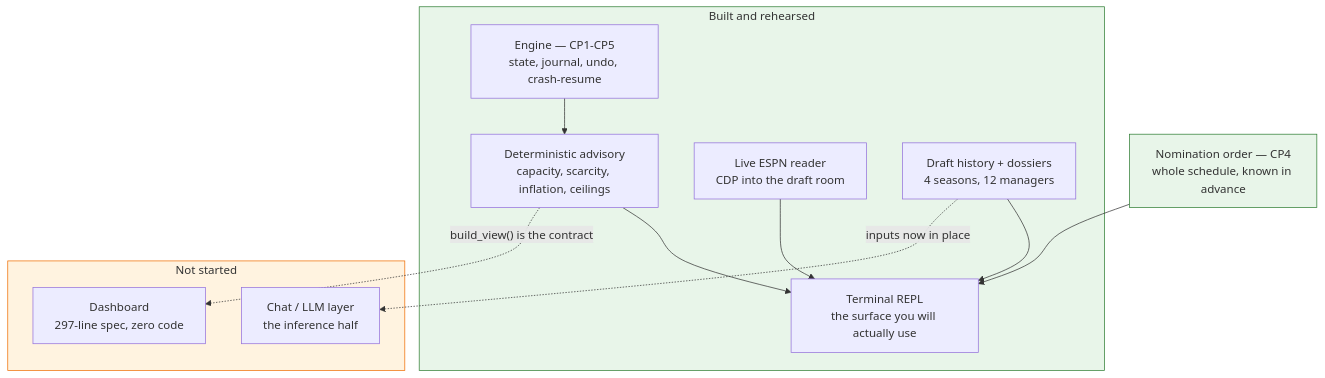
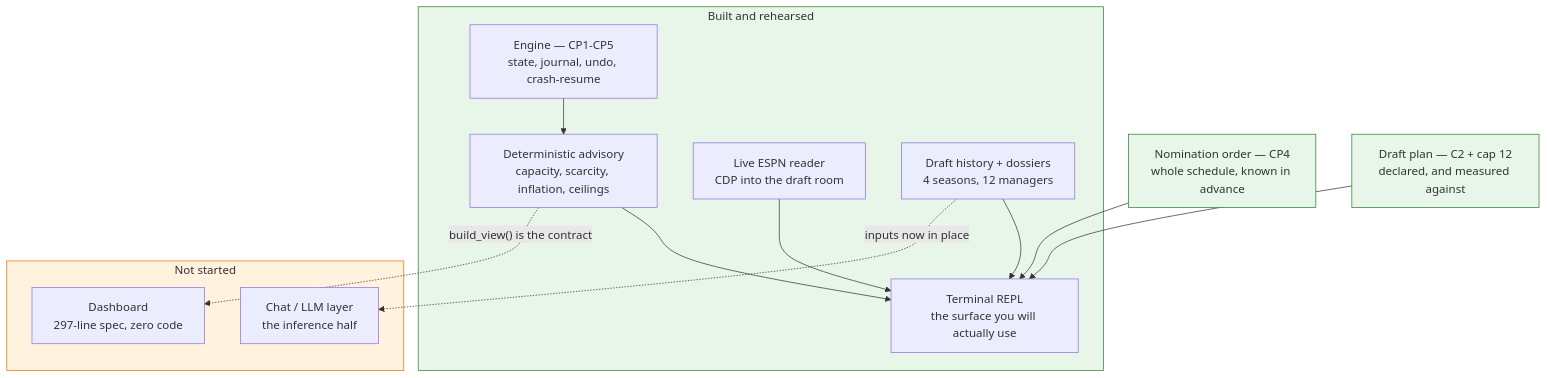
One commit to chrisaltonji/Fantasy-Football-Assistant changed the diagram in docs/BUILD_STATUS.md. Above: the diagram before and after it, drawn with Mermaid. The commit also changed other lines of this file and 17 other files, not shown here.

First line of the commit message:
C2: declare a draft plan, and measure the draft against it

````diff
--- a/docs/BUILD_STATUS.md
+++ b/docs/BUILD_STATUS.md
@@ -20,24 +20,27 @@
 ```mermaid
 flowchart TB
   subgraph done["Built and rehearsed"]
     E["Engine — CP1-CP5<br/>state, journal, undo, crash-resume"]
     A["Deterministic advisory<br/>capacity, scarcity, inflation, ceilings"]
     L["Live ESPN reader<br/>CDP into the draft room"]
     T["Terminal REPL<br/>the surface you will actually use"]
     H["Draft history + dossiers<br/>4 seasons, 12 managers"]
   end
   subgraph open["Not started"]
     D["Dashboard<br/>297-line spec, zero code"]
     C["Chat / LLM layer<br/>the inference half"]
   end
   N["Nomination order — CP4<br/>whole schedule, known in advance"]
+  S["Draft plan — C2 + cap 12<br/>declared, and measured against"]
   E --> A --> T
   L --> T
   H --> T
   N --> T
+  S --> T
   A -.->|"build_view() is the contract"| D
   H -.->|"inputs now in place"| C
   style done fill:#e8f5e9,stroke:#2e7d32
   style open fill:#fff3e0,stroke:#ef6c00
   style N fill:#e8f5e9,stroke:#2e7d32
+  style S fill:#e8f5e9,stroke:#2e7d32
 ```
````
